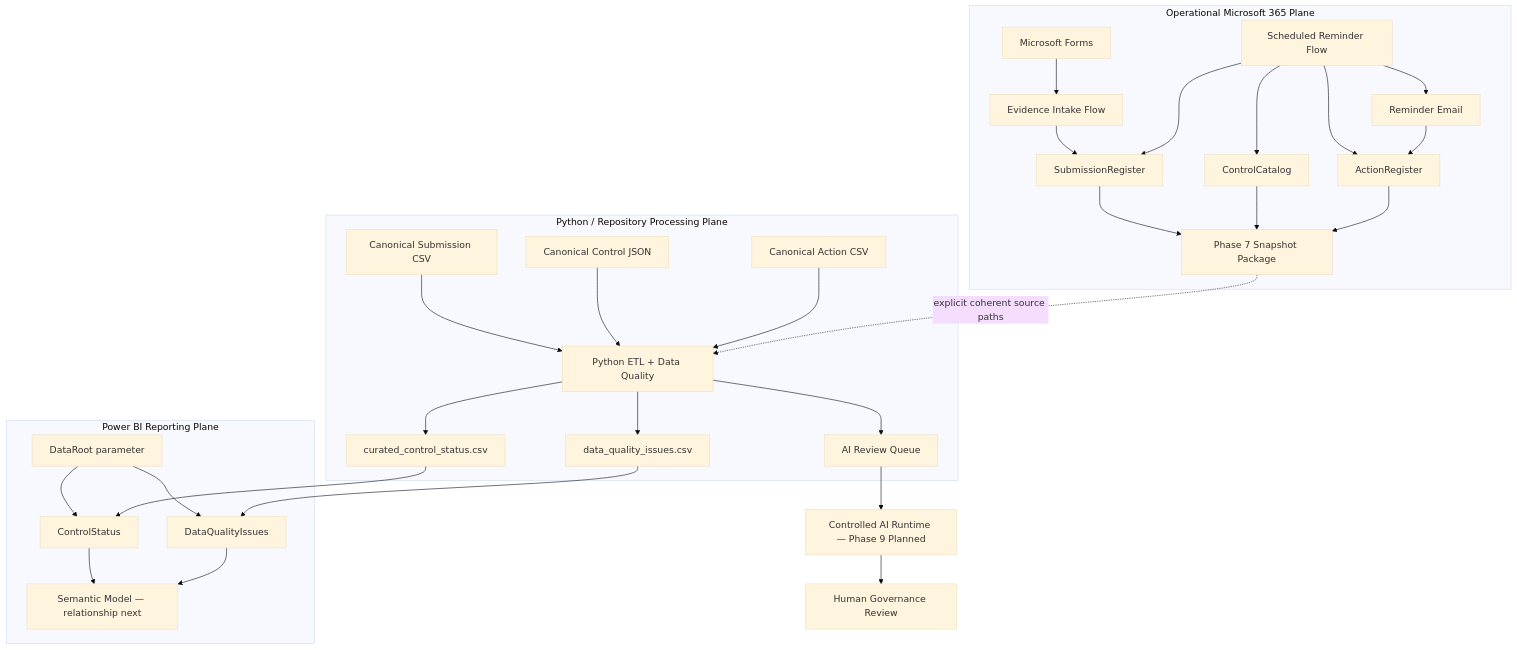
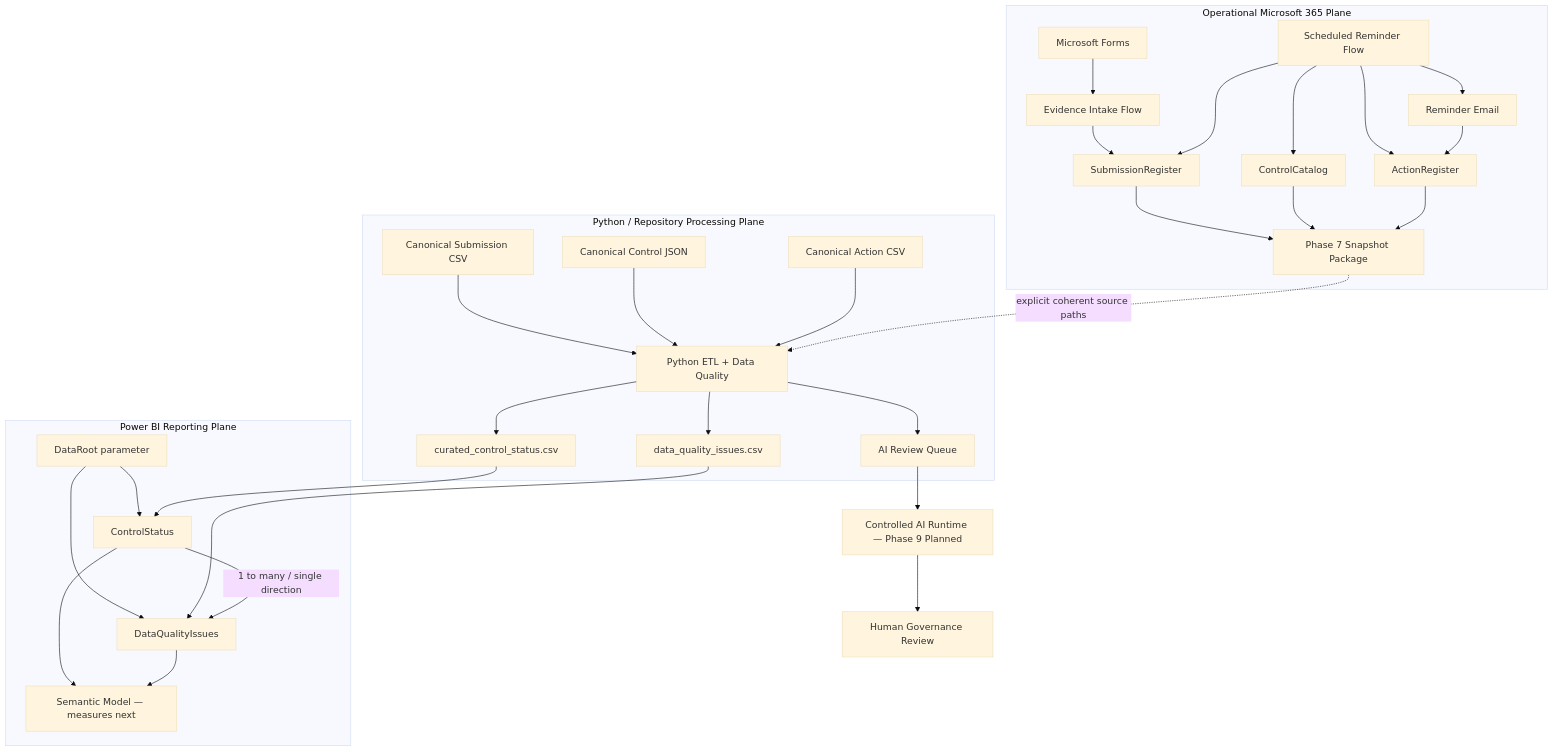
One commit to gw-ai-security/cyber-governance-automation-lab changed the diagram in docs/architecture.md. Above: the diagram before and after it, drawn with Mermaid (base theme). The commit also changed other lines of this file, not shown here.

Commit message:
docs: align architecture with Phase 8.4

````diff
--- a/docs/architecture.md
+++ b/docs/architecture.md
@@ -113,39 +123,40 @@
 ```mermaid
 flowchart TD
     subgraph OP[Operational Microsoft 365 Plane]
         A[Microsoft Forms] --> B[Evidence Intake Flow]
         B --> C[SubmissionRegister]
 
         D[Scheduled Reminder Flow] --> C
         D --> E[ControlCatalog]
         D --> F[ActionRegister]
         D --> G[Reminder Email]
         G --> F
 
         C --> S[Phase 7 Snapshot Package]
         E --> S
         F --> S
     end
 
     subgraph PY[Python / Repository Processing Plane]
         H[Canonical Submission CSV] --> K[Python ETL + Data Quality]
         I[Canonical Control JSON] --> K
         J[Canonical Action CSV] --> K
         S -. explicit coherent source paths .-> K
         K --> L[curated_control_status.csv]
         K --> M[data_quality_issues.csv]
         K --> N[AI Review Queue]
     end
 
     subgraph BI[Power BI Reporting Plane]
         DR[DataRoot parameter] --> CS[ControlStatus]
         DR --> DQ[DataQualityIssues]
         L --> CS
         M --> DQ
-        CS --> SM[Semantic Model — relationship next]
+        CS -->|1 to many / single direction| DQ
+        CS --> SM[Semantic Model — measures next]
         DQ --> SM
     end
 
     N --> Q[Controlled AI Runtime — Phase 9 Planned]
     Q --> R[Human Governance Review]
 ```
````
